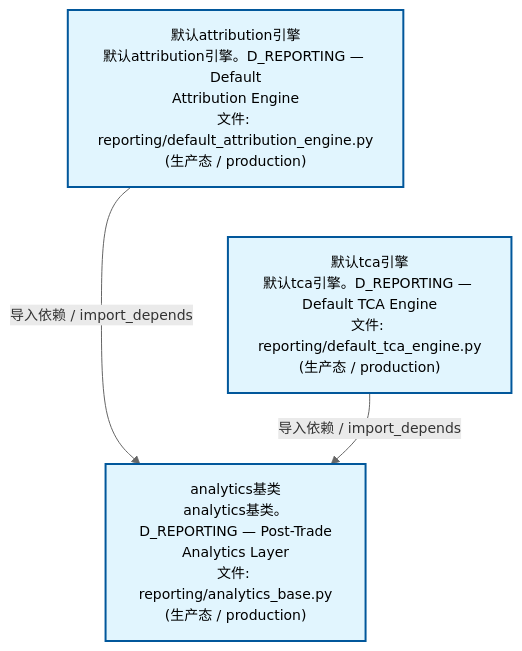
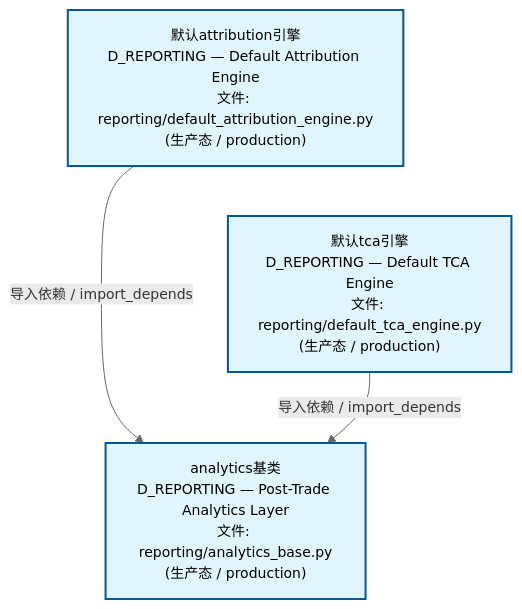
One commit to xuanFelixVan/ZephyrAlpha changed the second of 4 diagrams in docs/02_enterprise_architecture/02_domain_architecture_docs/26_d_reporting.md. Above: the diagram before and after it, drawn with Mermaid. The commit also changed other lines of this file and 59 other files, not shown here.

````diff
--- a/docs/02_enterprise_architecture/02_domain_architecture_docs/26_d_reporting.md
+++ b/docs/02_enterprise_architecture/02_domain_architecture_docs/26_d_reporting.md
@@ -117,15 +117,15 @@
 ```mermaid
 %%{init: {'theme': 'base', 'themeVariables': {'primaryColor': '#eaeaea', 'primaryTextColor': '#333333', 'primaryBorderColor': '#666666', 'lineColor': '#666666', 'secondaryColor': '#eaeaea', 'tertiaryColor': '#eaeaea', 'fontSize': '14px'}}}%%
 flowchart TD
-    src_zephyr_reporting_default_attribution_engine_py["默认attribution引擎<br/>默认attribution引擎。D_REPORTING — Default<br/>Attribution Engine<br/>文件: reporting/default_attribution_engine.py<br/>(生产态 / production)"]
-    src_zephyr_reporting_default_tca_engine_py["默认tca引擎<br/>默认tca引擎。D_REPORTING — Default TCA Engine<br/>文件: reporting/default_tca_engine.py<br/>(生产态 / production)"]
+    src_zephyr_reporting_default_attribution_engine_py["默认attribution引擎<br/>D_REPORTING — Default Attribution Engine<br/>文件: reporting/default_attribution_engine.py<br/>(生产态 / production)"]
+    src_zephyr_reporting_default_tca_engine_py["默认tca引擎<br/>D_REPORTING — Default TCA Engine<br/>文件: reporting/default_tca_engine.py<br/>(生产态 / production)"]
     src_zephyr_reporting_default_attribution_engine_py ~~~ src_zephyr_reporting_default_tca_engine_py
-    src_zephyr_reporting_analytics_base_py["analytics基类<br/>analytics基类。D_REPORTING — Post-Trade<br/>Analytics Layer<br/>文件: reporting/analytics_base.py<br/>(生产态 / production)"]
+    src_zephyr_reporting_analytics_base_py["analytics基类<br/>D_REPORTING — Post-Trade Analytics Layer<br/>文件: reporting/analytics_base.py<br/>(生产态 / production)"]
     src_zephyr_reporting_default_attribution_engine_py -->|导入依赖 / import_depends| src_zephyr_reporting_analytics_base_py
     src_zephyr_reporting_default_tca_engine_py -->|导入依赖 / import_depends| src_zephyr_reporting_analytics_base_py
     classDef production fill:#e1f5fe,stroke:#01579b,stroke-width:2px,color:#000
     classDef design fill:#fff3e0,stroke:#e65100,stroke-width:2px,color:#000,stroke-dasharray: 5 5
     classDef external_prod fill:#e8f4fd,stroke:#0277bd,stroke-width:1px,color:#000
     classDef external_design fill:#fff8e7,stroke:#ef6c00,stroke-width:1px,color:#000,stroke-dasharray: 5 5
     class src_zephyr_reporting_analytics_base_py,src_zephyr_reporting_default_attribution_engine_py,src_zephyr_reporting_default_tca_engine_py production
 ```
````
